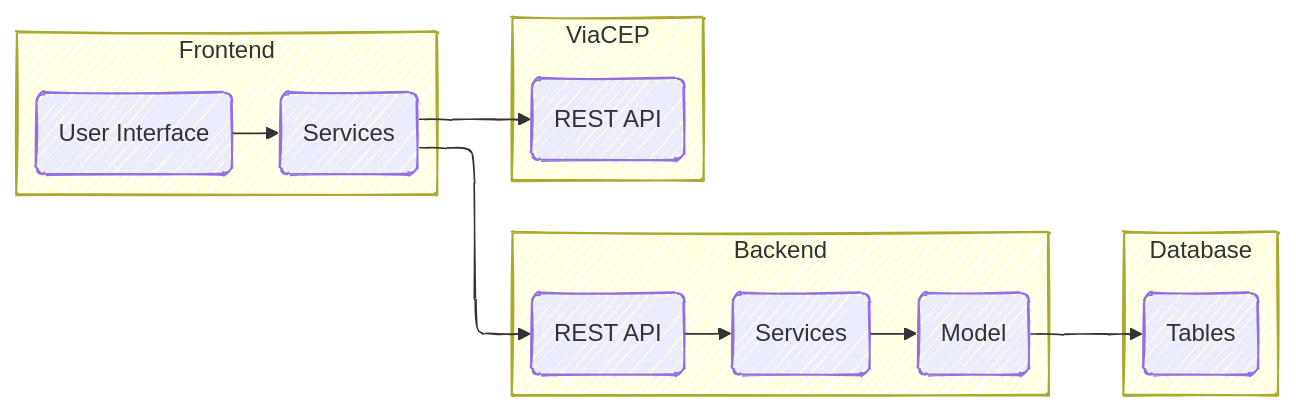
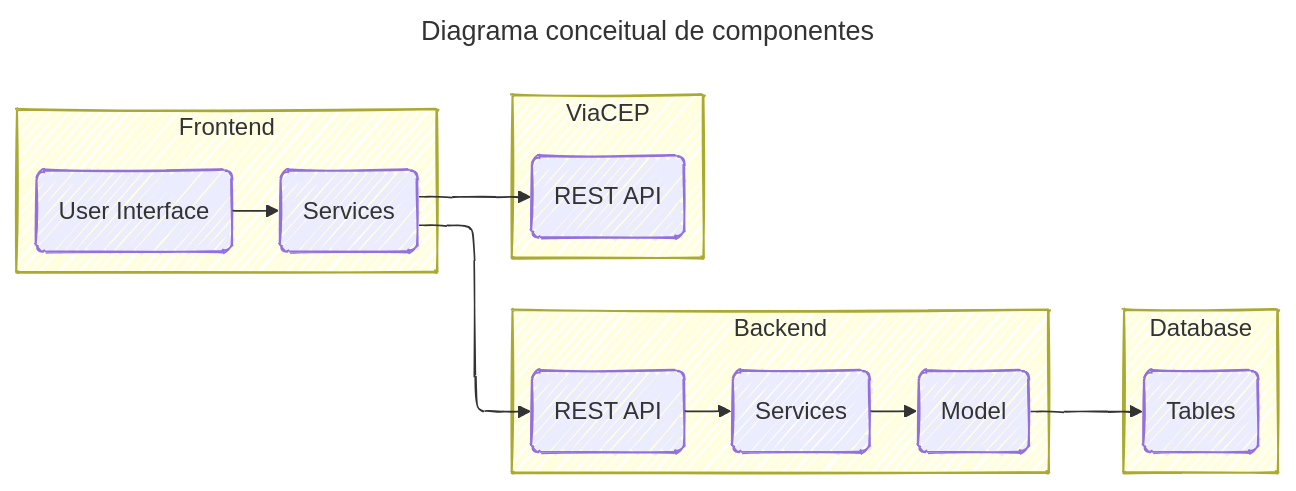
Before and after one commit to Porantim/serbom: the diagram in doc/arquitetura.md, drawn with Mermaid.

````diff
--- a/doc/arquitetura.md
+++ b/doc/arquitetura.md
@@ -15,30 +15,31 @@
 ```mermaid
 ---
 config:
   layout: elk
   look: handDrawn
   theme: halloween
+title: Diagrama conceitual de componentes
 ---
 graph LR
     subgraph Frontend
         F1(User Interface)
         F2(Services)
         F1 --> F2
     end
     subgraph Backend
         B1(REST API)
         B2(Services)
         B3(Model)
         B1 --> B2
         B2 --> B3
     end
     subgraph Database
         C1(Tables)
     end
     subgraph ViaCEP
         V1(REST API)
     end
     B3 --> C1
     F2 --> B1
     F2 --> V1
 ```
````
